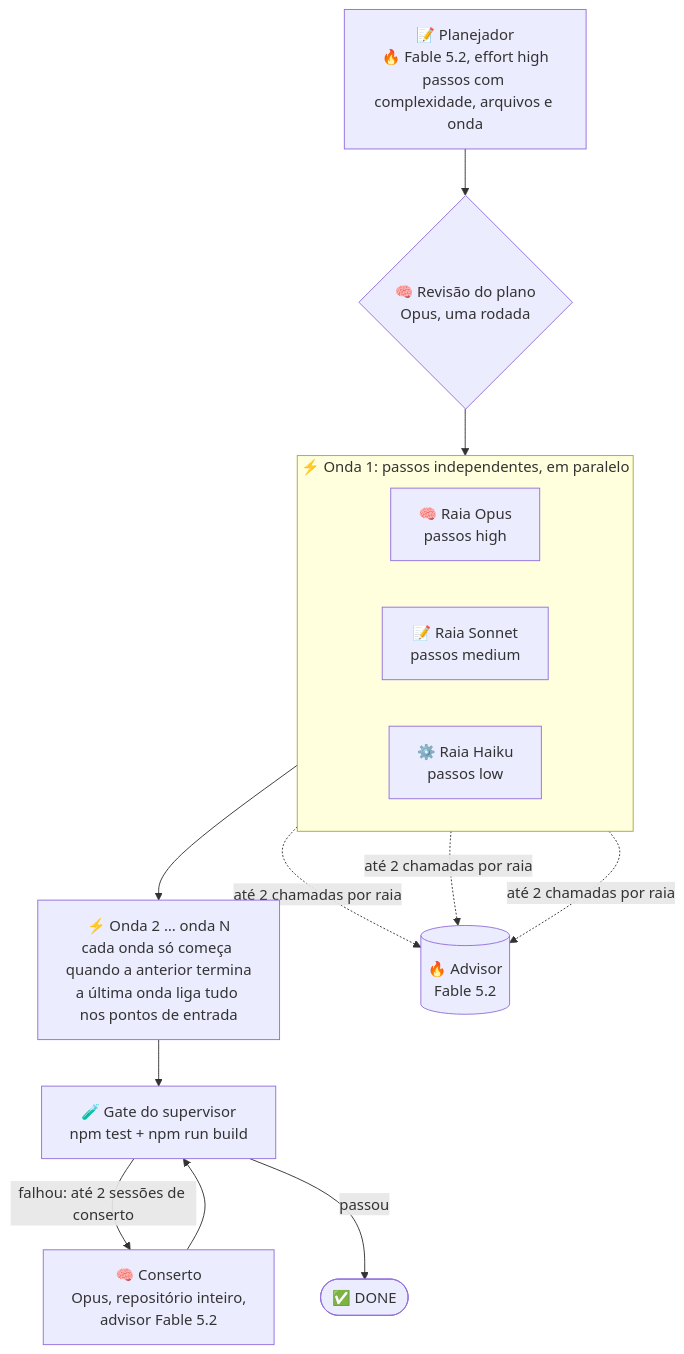
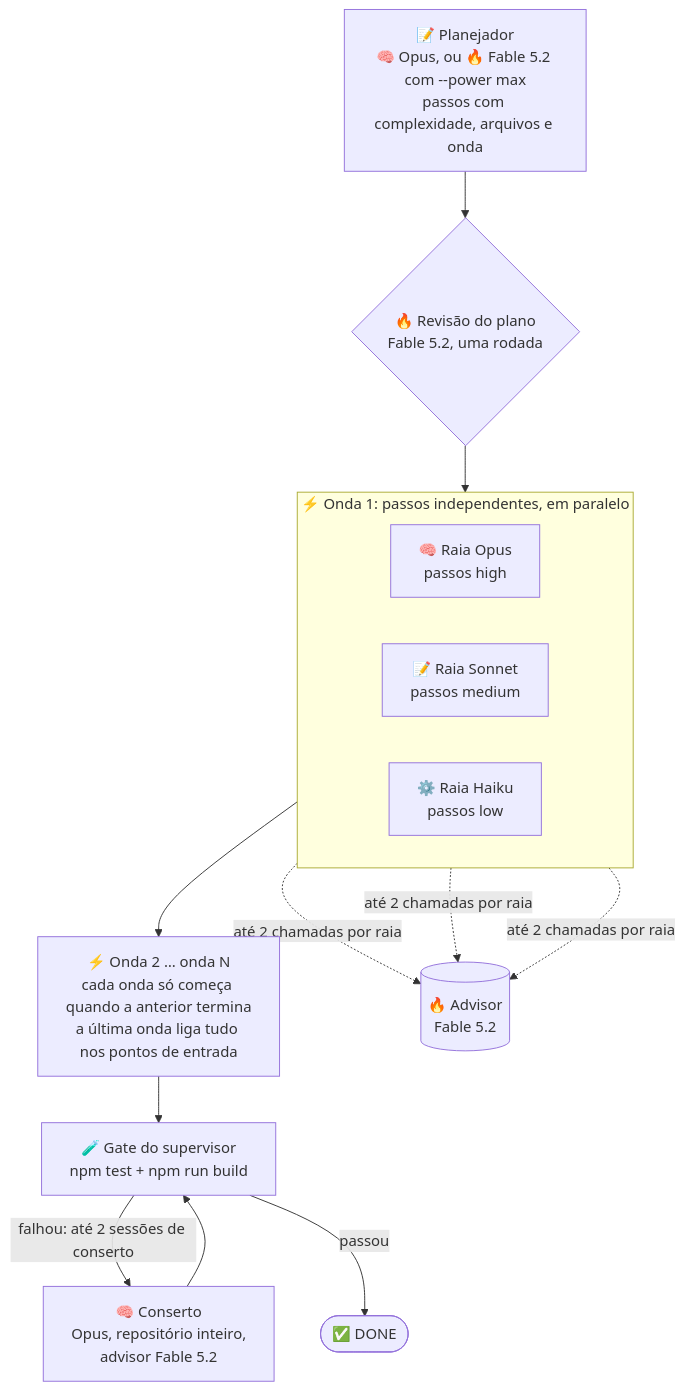
Before and after one commit to Dougladmo/graph-eng: the diagram in docs/power-mode.md, drawn with Mermaid. The commit also changed other lines of this file and 16 other files, not shown here.

First line of the commit message:
feat!: Power Mode com duas configurações, --power e --power max, tudo em medium

````diff
--- a/docs/power-mode.md
+++ b/docs/power-mode.md
@@ -14,21 +14,21 @@
 ```mermaid
 flowchart TD
-  P[📝 Planejador<br/>🔥 Fable 5.2, effort high<br/>passos com complexidade, arquivos e onda] --> R{🧠 Revisão do plano<br/>Opus, uma rodada}
+  P[📝 Planejador<br/>🧠 Opus, ou 🔥 Fable 5.2 com --power max<br/>passos com complexidade, arquivos e onda] --> R{🔥 Revisão do plano<br/>Fable 5.2, uma rodada}
   R --> W1
 
   subgraph W1[⚡ Onda 1: passos independentes, em paralelo]
     direction LR
     H1[🧠 Raia Opus<br/>passos high]
     S1[📝 Raia Sonnet<br/>passos medium]
     C1[⚙️ Raia Haiku<br/>passos low]
   end
 
   W1 --> W2[⚡ Onda 2 … onda N<br/>cada onda só começa quando a anterior termina<br/>a última onda liga tudo nos pontos de entrada]
   H1 -. até 2 chamadas por raia .-> A[(🔥 Advisor<br/>Fable 5.2)]
   S1 -. até 2 chamadas por raia .-> A
   C1 -. até 2 chamadas por raia .-> A
   W2 --> G[🧪 Gate do supervisor<br/>npm test + npm run build]
   G -- falhou: até 2 sessões de conserto --> F[🧠 Conserto<br/>Opus, repositório inteiro,<br/>advisor Fable 5.2]
   F --> G
   G -- passou --> D([✅ DONE])
 ```
````
